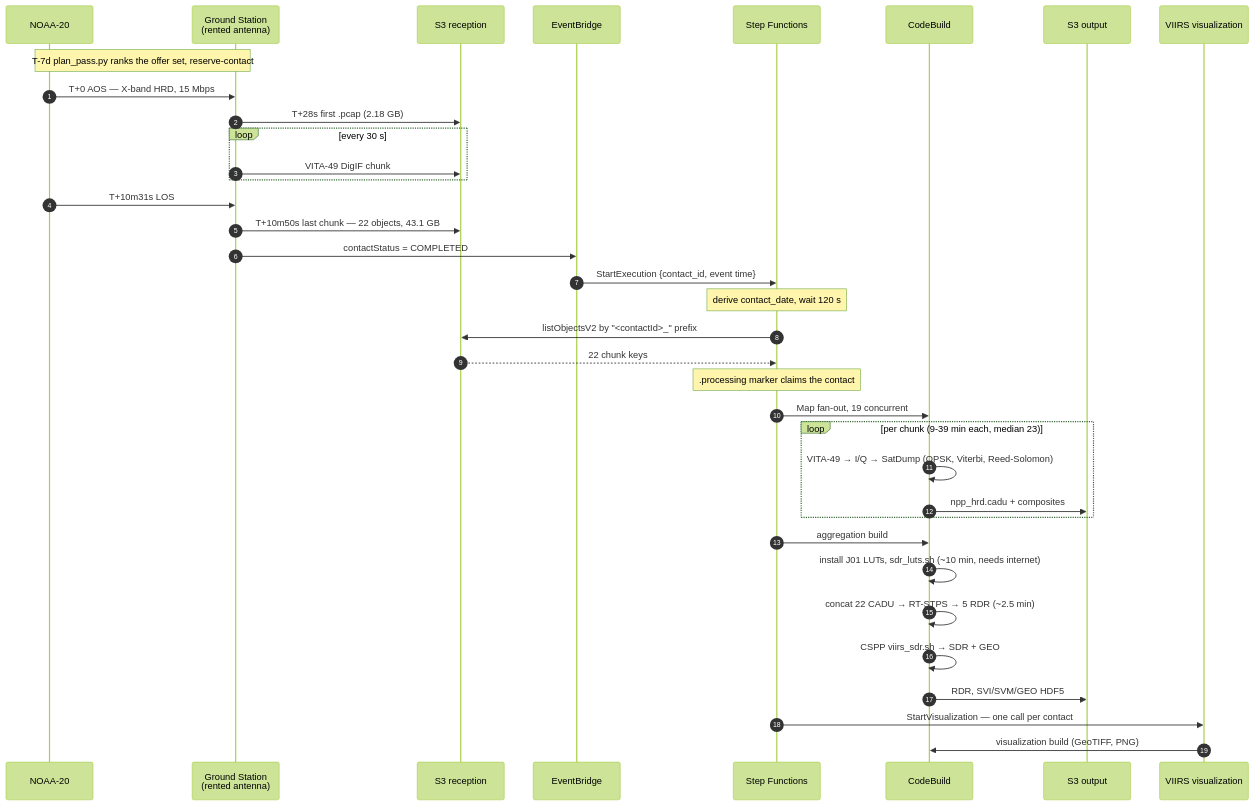
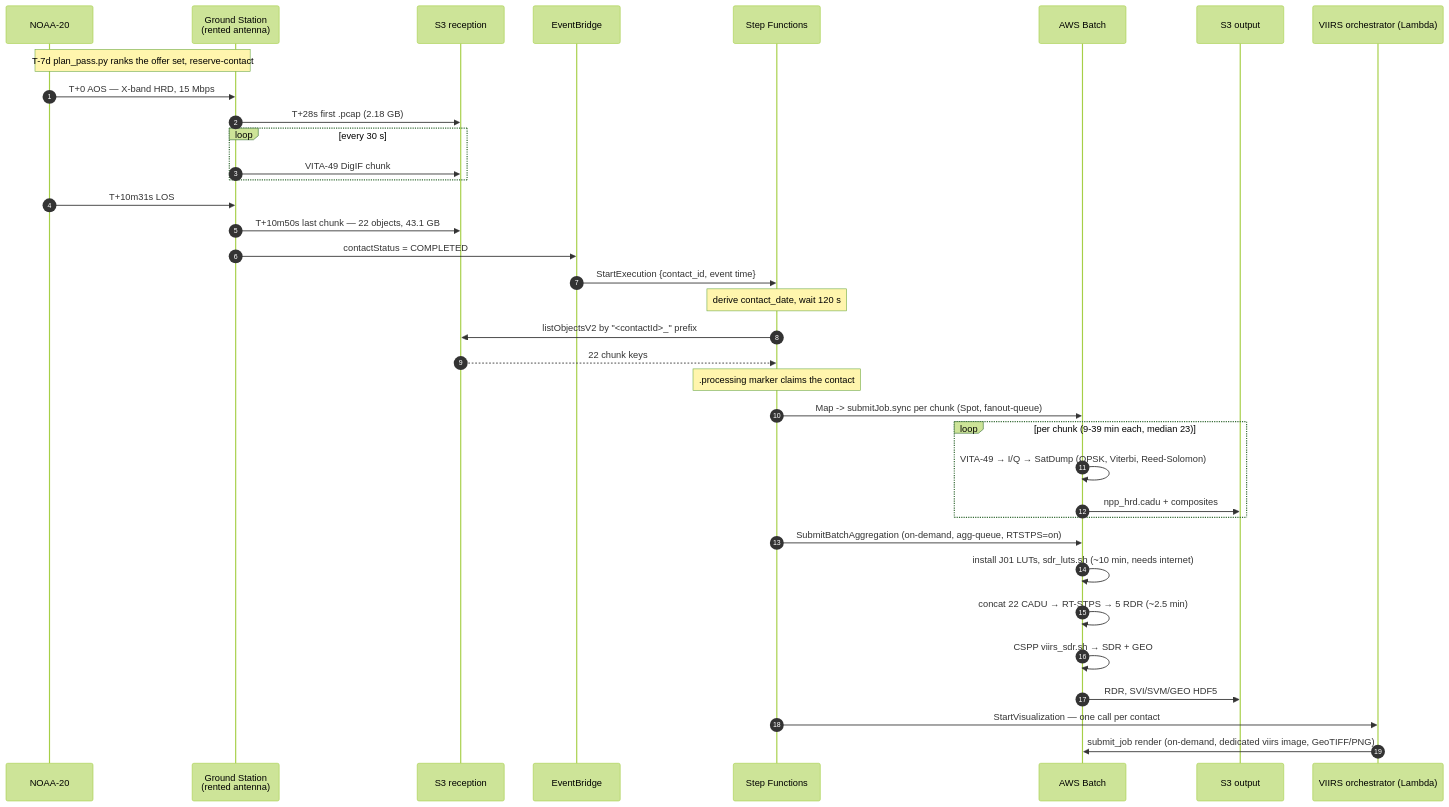
The first of 2 diagrams in docs/ARCHITECTURE.md (Mat0x4e/awsgroundstation), drawn with Mermaid (forest theme) before and after one commit. The commit also changed other lines of this file and 6 other files, not shown here.

First line of the commit message:
docs: full review -- align architecture/procedures/pass-history with the Batch runtime

````diff
--- a/docs/ARCHITECTURE.md
+++ b/docs/ARCHITECTURE.md
@@ -29,39 +34,39 @@
 ```mermaid
 sequenceDiagram
     autonumber
     participant SAT as NOAA-20
     participant GS as Ground Station<br/>(rented antenna)
     participant S3R as S3 reception
     participant EB as EventBridge
     participant SFN as Step Functions
-    participant CB as CodeBuild
+    participant BATCH as AWS Batch
     participant S3O as S3 output
-    participant VIZ as VIIRS visualization
+    participant VIZ as VIIRS orchestrator (Lambda)
 
     Note over SAT,GS: T-7d  plan_pass.py ranks the offer set, reserve-contact
     SAT->>GS: T+0     AOS — X-band HRD, 15 Mbps
     GS->>S3R: T+28s   first .pcap (2.18 GB)
     loop every 30 s
         GS->>S3R: VITA-49 DigIF chunk
     end
     SAT->>GS: T+10m31s LOS
     GS->>S3R: T+10m50s last chunk — 22 objects, 43.1 GB
     GS->>EB: contactStatus = COMPLETED
     EB->>SFN: StartExecution {contact_id, event time}
     Note over SFN: derive contact_date, wait 120 s
     SFN->>S3R: listObjectsV2 by "<contactId>_" prefix
     S3R-->>SFN: 22 chunk keys
     Note over SFN: .processing marker claims the contact
-    SFN->>CB: Map fan-out, 19 concurrent
+    SFN->>BATCH: Map -> submitJob.sync per chunk (Spot, fanout-queue)
     loop per chunk (9-39 min each, median 23)
-        CB->>CB: VITA-49 → I/Q → SatDump (QPSK, Viterbi, Reed-Solomon)
-        CB->>S3O: npp_hrd.cadu + composites
+        BATCH->>BATCH: VITA-49 → I/Q → SatDump (QPSK, Viterbi, Reed-Solomon)
+        BATCH->>S3O: npp_hrd.cadu + composites
     end
-    SFN->>CB: aggregation build
-    CB->>CB: install J01 LUTs, sdr_luts.sh (~10 min, needs internet)
-    CB->>CB: concat 22 CADU → RT-STPS → 5 RDR (~2.5 min)
-    CB->>CB: CSPP viirs_sdr.sh → SDR + GEO
-    CB->>S3O: RDR, SVI/SVM/GEO HDF5
+    SFN->>BATCH: SubmitBatchAggregation (on-demand, agg-queue, RTSTPS=on)
+    BATCH->>BATCH: install J01 LUTs, sdr_luts.sh (~10 min, needs internet)
+    BATCH->>BATCH: concat 22 CADU → RT-STPS → 5 RDR (~2.5 min)
+    BATCH->>BATCH: CSPP viirs_sdr.sh → SDR + GEO
+    BATCH->>S3O: RDR, SVI/SVM/GEO HDF5
     SFN->>VIZ: StartVisualization — one call per contact
-    VIZ->>CB: visualization build (GeoTIFF, PNG)
+    VIZ->>BATCH: submit_job render (on-demand, dedicated viirs image, GeoTIFF/PNG)
 ```
````
